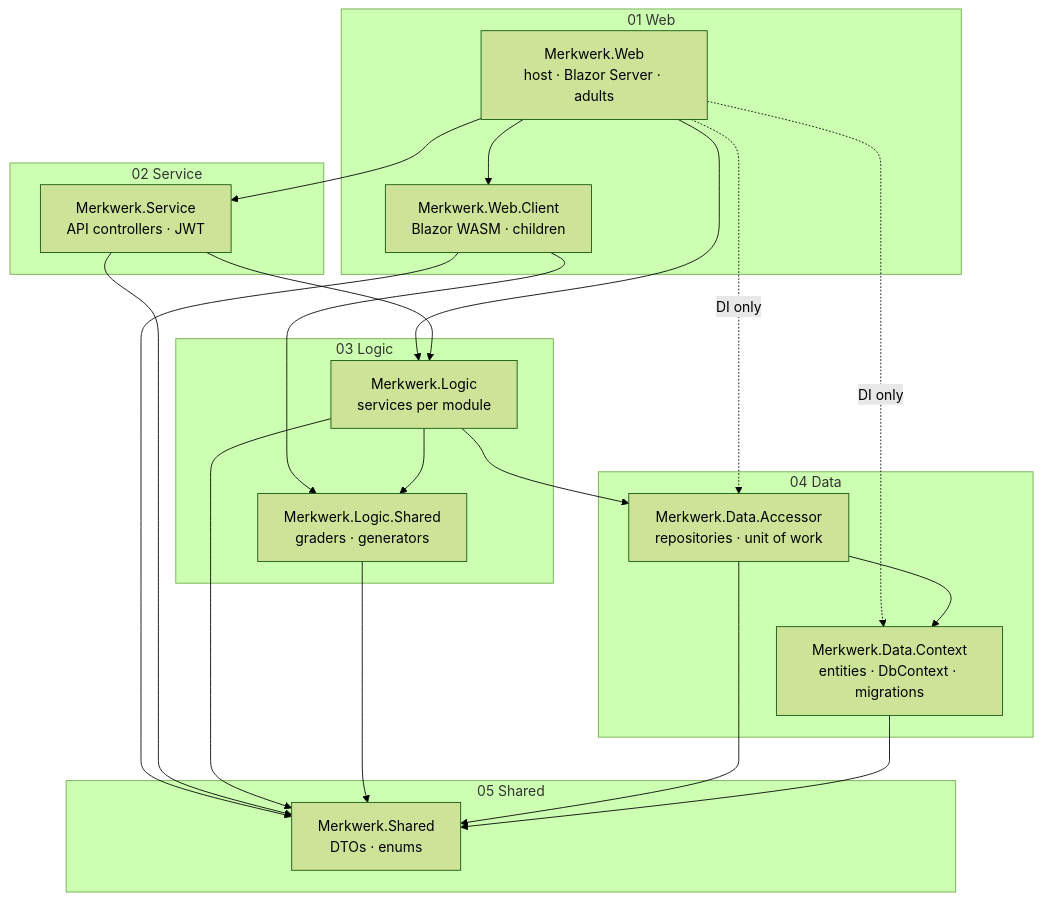
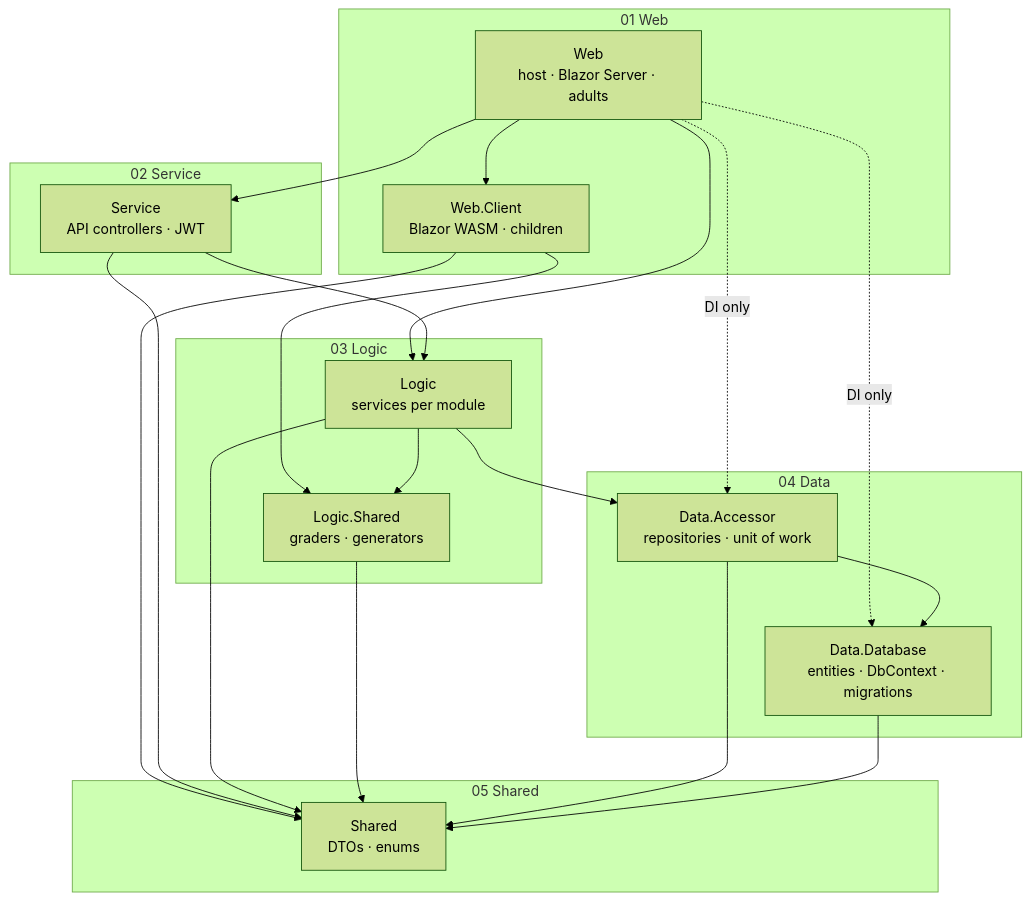
Before and after one commit to ManuelPeise/Merkwerk: the diagram in docs/infrastructure.README.md, drawn with Mermaid (forest theme). The commit also changed other lines of this file and 68 other files, not shown here.

````diff
--- a/docs/infrastructure.README.md
+++ b/docs/infrastructure.README.md
@@ -45,37 +47,37 @@
 ```mermaid
 flowchart TB
     subgraph W["01 Web"]
-        Web["Merkwerk.Web<br/>host · Blazor Server · adults"]
-        Client["Merkwerk.Web.Client<br/>Blazor WASM · children"]
+        Web["Web<br/>host · Blazor Server · adults"]
+        Client["Web.Client<br/>Blazor WASM · children"]
     end
     subgraph S["02 Service"]
-        Service["Merkwerk.Service<br/>API controllers · JWT"]
+        Service["Service<br/>API controllers · JWT"]
     end
     subgraph L["03 Logic"]
-        Logic["Merkwerk.Logic<br/>services per module"]
-        LShared["Merkwerk.Logic.Shared<br/>graders · generators"]
+        Logic["Logic<br/>services per module"]
+        LShared["Logic.Shared<br/>graders · generators"]
     end
     subgraph D["04 Data"]
-        Accessor["Merkwerk.Data.Accessor<br/>repositories · unit of work"]
-        Context["Merkwerk.Data.Context<br/>entities · DbContext · migrations"]
+        Accessor["Data.Accessor<br/>repositories · unit of work"]
+        Context["Data.Database<br/>entities · DbContext · migrations"]
     end
     subgraph SH["05 Shared"]
-        Shared["Merkwerk.Shared<br/>DTOs · enums"]
+        Shared["Shared<br/>DTOs · enums"]
     end
     Web --> Client
     Web --> Service
     Web --> Logic
     Web -. DI only .-> Accessor
     Web -. DI only .-> Context
     Client --> LShared
     Client --> Shared
     Service --> Logic
     Service --> Shared
     Logic --> LShared
     Logic --> Accessor
     Logic --> Shared
     LShared --> Shared
     Accessor --> Context
     Accessor --> Shared
     Context --> Shared
 ```
````
